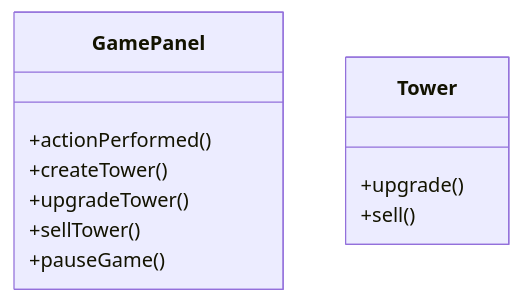
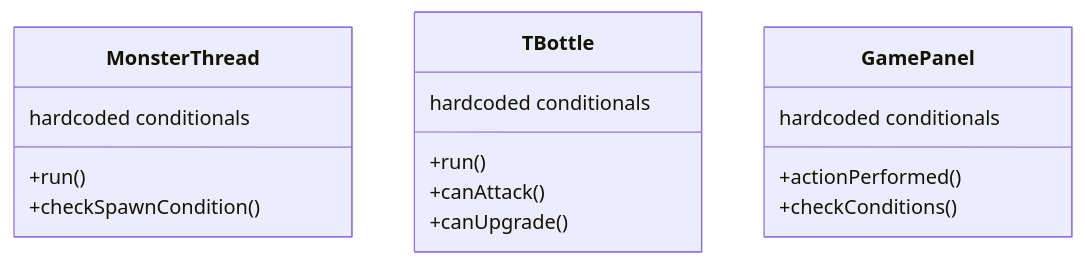
Before and after one commit to yu2486789817/CarrotFantasy: diagram 11 of 12 in Refactoring_Report.md, drawn with Mermaid. The commit also changed other lines of this file and 26 other files, not shown here.

````diff
--- a/Refactoring_Report.md
+++ b/Refactoring_Report.md
@@ -1065,15 +976,22 @@
 ```mermaid
 classDiagram
+    class MonsterThread {
+        +run()
+        +checkSpawnCondition()
+    }
+
+    class TBottle {
+        +run()
+        +canAttack()
+        +canUpgrade()
+    }
+
     class GamePanel {
         +actionPerformed()
-        +createTower()
-        +upgradeTower()
-        +sellTower()
-        +pauseGame()
+        +checkConditions()
     }
 
-    class Tower {
-        +upgrade()
-        +sell()
-    }
+    MonsterThread : hardcoded conditionals
+    TBottle : hardcoded conditionals
+    GamePanel : hardcoded conditionals
 ```
````
